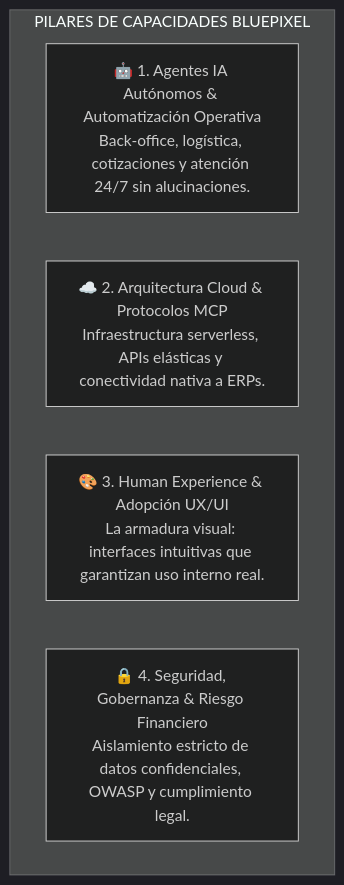
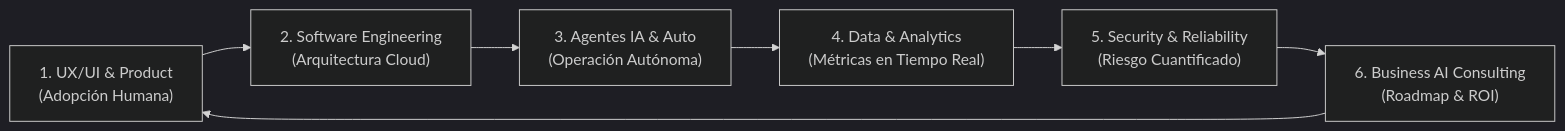
One commit to jahflavio/bluepixel changed the fourth of 4 diagrams in 02_Estrategia_B2B/AUDITORIA_Y_REDISEÑO_WEB_BLUEPIXEL_2026.md. Above: the diagram before and after it, drawn with Mermaid (dark theme). The commit also changed other lines of this file and 1 other file, not shown here.

````diff
--- a/02_Estrategia_B2B/AUDITORIA_Y_REDISEÑO_WEB_BLUEPIXEL_2026.md
+++ b/02_Estrategia_B2B/AUDITORIA_Y_REDISEÑO_WEB_BLUEPIXEL_2026.md
@@ -346,9 +355,9 @@
 ```mermaid
-graph TD
-    subgraph PILARES DE CAPACIDADES BLUEPIXEL
-        C1["🤖 1. Agentes IA Autónomos & Automatización Operativa<br/>Back-office, logística, cotizaciones y atención 24/7 sin alucinaciones."]
-        C2["☁️ 2. Arquitectura Cloud & Protocolos MCP<br/>Infraestructura serverless, APIs elásticas y conectividad nativa a ERPs."]
-        C3["🎨 3. Human Experience & Adopción UX/UI<br/>La armadura visual: interfaces intuitivas que garantizan uso interno real."]
-        C4["🔒 4. Seguridad, Gobernanza & Riesgo Financiero<br/>Aislamiento estricto de datos confidenciales, OWASP y cumplimiento legal."]
-    end
+graph LR
+    C1["1. UX/UI & Product<br/>(Adopción Humana)"] --> C2["2. Software Engineering<br/>(Arquitectura Cloud)"]
+    C2 --> C3["3. Agentes IA & Auto<br/>(Operación Autónoma)"]
+    C3 --> C4["4. Data & Analytics<br/>(Métricas en Tiempo Real)"]
+    C4 --> C5["5. Security & Reliability<br/>(Riesgo Cuantificado)"]
+    C5 --> C6["6. Business AI Consulting<br/>(Roadmap & ROI)"]
+    C6 --> C1
 ```
````
